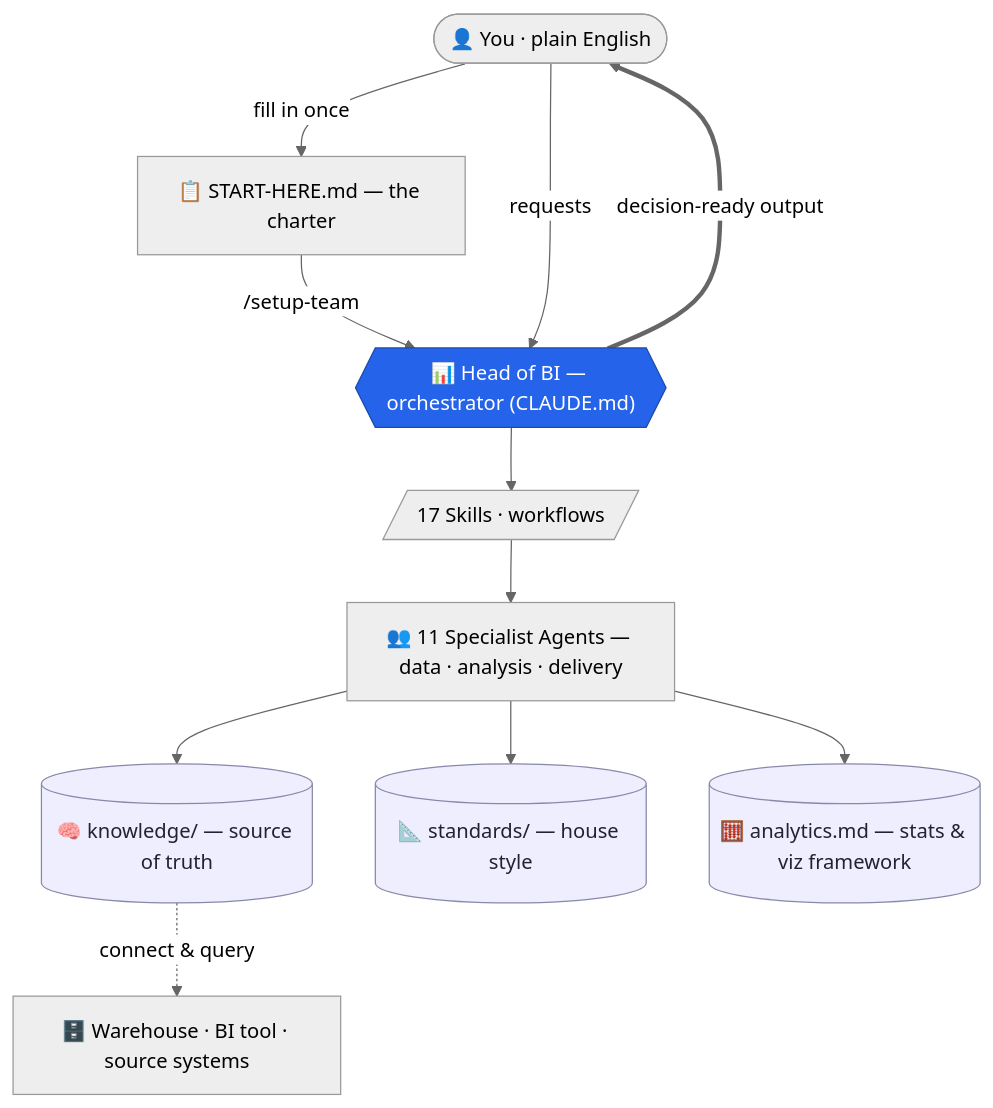
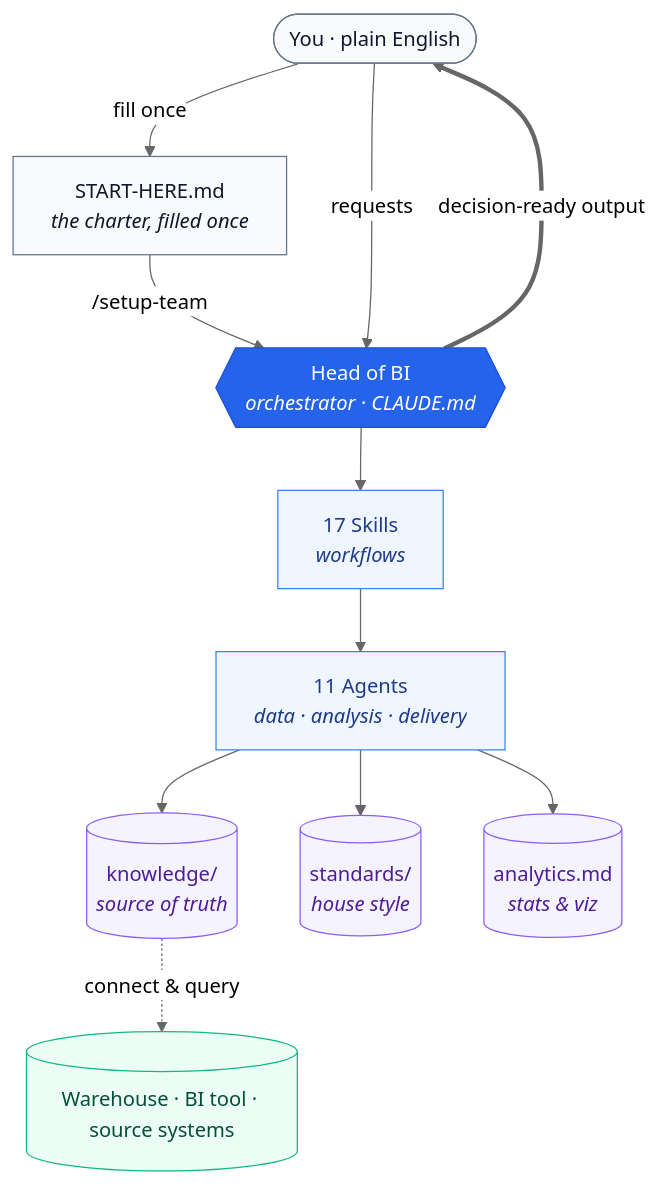
Before and after one commit to link7373/agentic-bi-team: the first of 3 diagrams in README.md, drawn with Mermaid (neutral theme). The commit also changed other lines of this file and 1 other file, not shown here.

````diff
--- a/README.md
+++ b/README.md
@@ -45,17 +45,34 @@
 ```mermaid
-flowchart TD
-A(["👤 You · plain English"]) -->|"fill in once"| B["📋 START-HERE.md — the charter"]
-B -->|"/setup-team"| M
-A -->|"requests"| M{{"📊 Head of BI — orchestrator (CLAUDE.md)"}}
-M --> SK[/"17 Skills · workflows"/]
-SK --> AG["👥 11 Specialist Agents — data · analysis · delivery"]
-AG --> KN[("🧠 knowledge/ — source of truth")]
-AG --> ST[("📐 standards/ — house style")]
-AG --> AR[("🧮 analytics.md — stats & viz framework")]
-KN -. "connect & query" .-> DATA["🗄️ Warehouse · BI tool · source systems"]
-M ==>|"decision-ready output"| A
-classDef hub fill:#2563EB,stroke:#1a4ba8,color:#fff;
-classDef store fill:#eef,stroke:#88a,color:#223;
-class M hub;
-class KN,ST,AR store;
+flowchart TB
+    YOU(["You · plain English"])
+    CHARTER["START-HERE.md<br/><i>the charter, filled once</i>"]
+    ORCH{{"Head of BI<br/><i>orchestrator · CLAUDE.md</i>"}}
+    SKILLS["17 Skills<br/><i>workflows</i>"]
+    AGENTS["11 Agents<br/><i>data · analysis · delivery</i>"]
+    KN[("knowledge/<br/><i>source of truth</i>")]
+    ST[("standards/<br/><i>house style</i>")]
+    AR[("analytics.md<br/><i>stats & viz</i>")]
+    DATA[("Warehouse · BI tool · source systems")]
+
+    YOU -->|"fill once"| CHARTER
+    CHARTER -->|"/setup-team"| ORCH
+    YOU -->|"requests"| ORCH
+    ORCH --> SKILLS
+    SKILLS --> AGENTS
+    AGENTS --> KN
+    AGENTS --> ST
+    AGENTS --> AR
+    KN -.->|"connect & query"| DATA
+    ORCH ==>|"decision-ready output"| YOU
+
+    classDef actor fill:#F8FAFC,stroke:#64748B,stroke-width:1px,color:#0F172A;
+    classDef hub fill:#2563EB,stroke:#1D4ED8,stroke-width:1px,color:#FFFFFF;
+    classDef work fill:#EFF6FF,stroke:#3B82F6,stroke-width:1px,color:#1E3A8A;
+    classDef store fill:#F5F3FF,stroke:#8B5CF6,stroke-width:1px,color:#4C1D95;
+    classDef ext fill:#ECFDF5,stroke:#10B981,stroke-width:1px,color:#064E3B;
+    class YOU,CHARTER actor;
+    class ORCH hub;
+    class SKILLS,AGENTS work;
+    class KN,ST,AR store;
+    class DATA ext;
 ```
````
